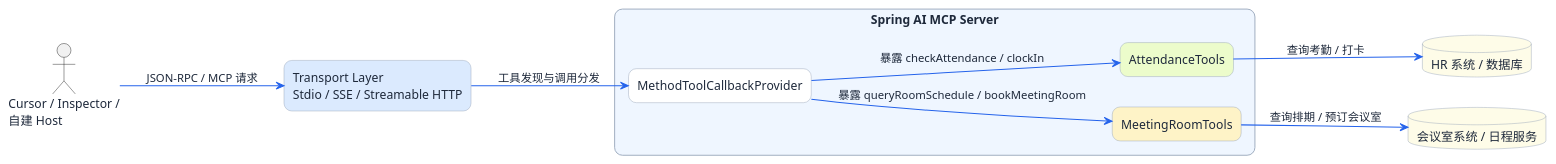
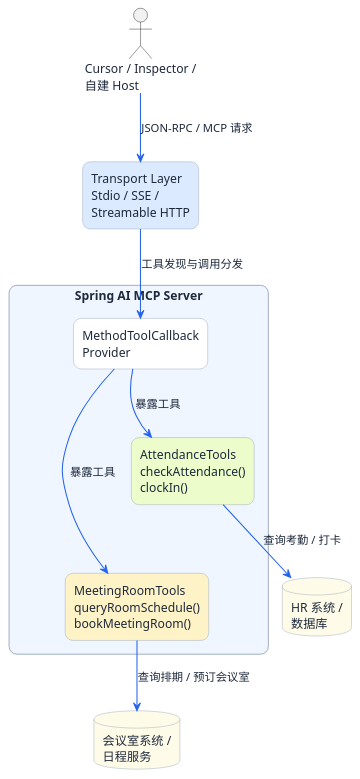
One commit to shining-stars-l/javaup changed the first of 2 diagrams in docs/55-超级智能体/25-MCP详细解析/05-Spring AI构建MCP服务端实战.md. Above: the diagram before and after it, drawn with PlantUML. The commit also changed other lines of this file and 14 other files, not shown here.

````diff
--- a/docs/55-超级智能体/25-MCP详细解析/05-Spring AI构建MCP服务端实战.md
+++ b/docs/55-超级智能体/25-MCP详细解析/05-Spring AI构建MCP服务端实战.md
@@ -100,38 +60,41 @@
-```plantuml title="Spring AI MCP Server 运行结构" width="100%" align="left"
+```plantuml title="Spring AI MCP Server 运行结构" width="50%" align="left"
 @startuml
-left to right direction
+top to bottom direction
 skinparam backgroundColor transparent
 skinparam shadowing false
 skinparam defaultFontColor #1E293B
 skinparam ArrowColor #2563EB
 skinparam ArrowThickness 1.2
 skinparam packageStyle rectangle
 skinparam packageBorderColor #CBD5E1
 skinparam packageBackgroundColor #F8FAFC
 skinparam rectangleBorderColor #94A3B8
 skinparam rectangleBackgroundColor #FFFFFF
 skinparam RectangleFontColor #1E293B
 skinparam databaseBorderColor #94A3B8
 skinparam databaseBackgroundColor #FEFCE8
 skinparam RoundCorner 18
 
 actor "Cursor / Inspector /\n自建 Host" as Host
-rectangle "Transport Layer\nStdio / SSE / Streamable HTTP" as Transport #DBEAFE
+rectangle "Transport Layer\nStdio / SSE /\nStreamable HTTP" as Transport #DBEAFE
 
 package "Spring AI MCP Server" as Server #EFF6FF {
-  rectangle "MethodToolCallbackProvider" as Provider #FFFFFF
-  rectangle "AttendanceTools" as Attendance #ECFCCB
-  rectangle "MeetingRoomTools" as Meeting #FEF3C7
+  rectangle "MethodToolCallback\nProvider" as Provider #FFFFFF
+  rectangle "AttendanceTools\ncheckAttendance()\nclockIn()" as Attendance #ECFCCB
+  rectangle "MeetingRoomTools\nqueryRoomSchedule()\nbookMeetingRoom()" as Meeting #FEF3C7
+
+  Provider -[hidden]down-> Attendance
+  Attendance -[hidden]down-> Meeting
 }
 
-database "HR 系统 / 数据库" as HR
-database "会议室系统 / 日程服务" as Room
+database "HR 系统 /\n数据库" as HR
+database "会议室系统 /\n日程服务" as Room
 
 Host --> Transport : JSON-RPC / MCP 请求
 Transport --> Provider : 工具发现与调用分发
-Provider --> Attendance : 暴露 checkAttendance / clockIn
-Provider --> Meeting : 暴露 queryRoomSchedule / bookMeetingRoom
+Provider --> Attendance : 暴露工具
+Provider --> Meeting : 暴露工具
 Attendance --> HR : 查询考勤 / 打卡
 Meeting --> Room : 查询排期 / 预订会议室
 @enduml
 ```
````
